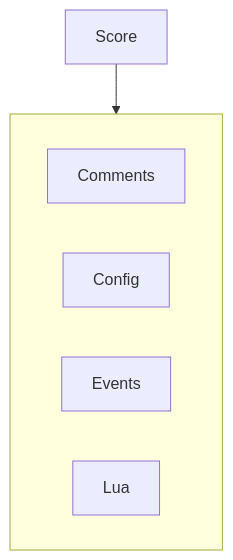
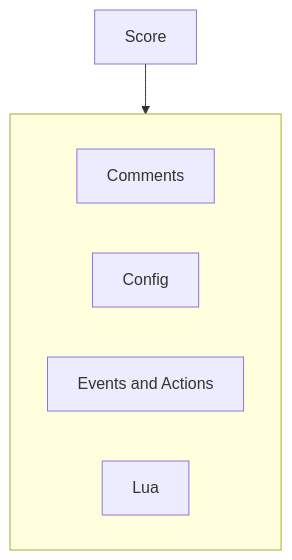
One commit to charlesneimog/OpenScofo changed the first of 2 diagrams in Documentation/score/fundaments.md. Above: the diagram before and after it, drawn with Mermaid. The commit also changed other lines of this file and 6 other files, not shown here.

````diff
--- a/Documentation/score/fundaments.md
+++ b/Documentation/score/fundaments.md
@@ -16,11 +16,11 @@
 ```mermaid
 flowchart TB
     SCORE[Score]
     subgraph SCORE_CONTENT[" "]
         COMMENTS[Comments]
         CONFIG[Config]
-        EVENTS[Events]
+        EVENTS[Events and Actions]
         LUA[Lua]
     end
     SCORE --> SCORE_CONTENT
 ```
````
